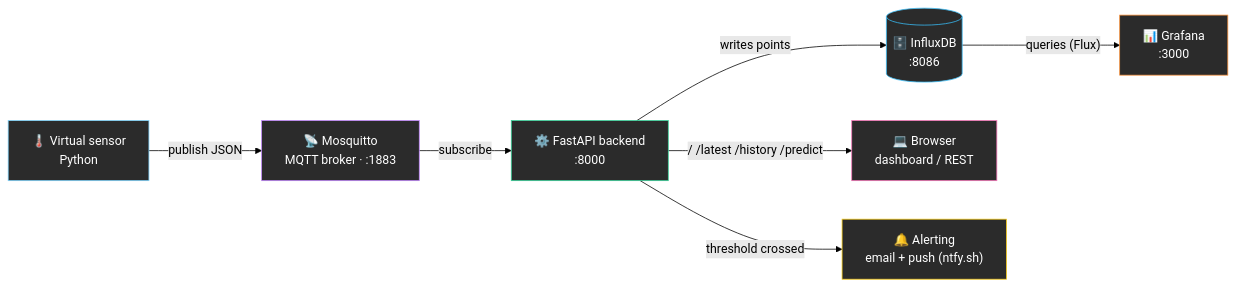
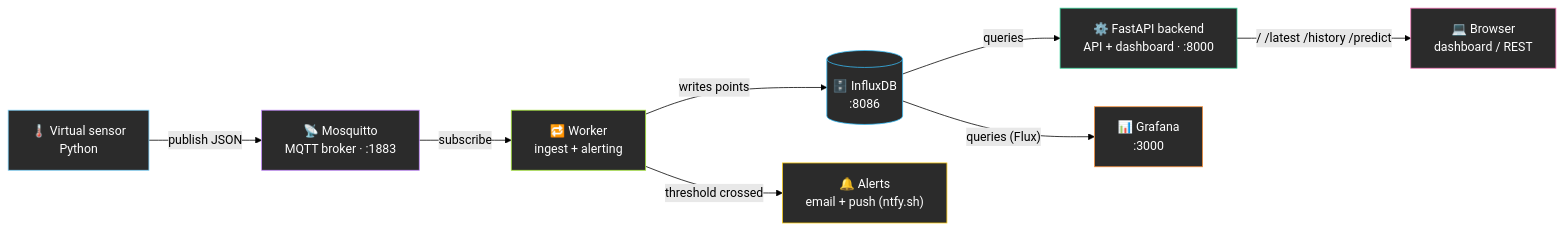
Before and after one commit to danielailenei/water-filter-monitor: the first of 2 diagrams in README.md, drawn with Mermaid (forest theme). The commit also changed other lines of this file and 1 other file, not shown here.

Commit message:
docs: describe the worker service; deploy image tag 4054210

````diff
--- a/README.md
+++ b/README.md
@@ -59,25 +59,28 @@
 ```mermaid
 flowchart LR
     S["🌡️ Virtual sensor<br/>Python"]
     M["📡 Mosquitto<br/>MQTT broker · :1883"]
-    B["⚙️ FastAPI backend<br/>:8000"]
+    W["🔁 Worker<br/>ingest + alerting"]
+    B["⚙️ FastAPI backend<br/>API + dashboard · :8000"]
     I[("🗄️ InfluxDB<br/>:8086")]
     G["📊 Grafana<br/>:3000"]
     C["💻 Browser<br/>dashboard / REST"]
-    A["🔔 Alerting<br/>email + push (ntfy.sh)"]
+    A["🔔 Alerts<br/>email + push (ntfy.sh)"]
 
     S -- "publish JSON" --> M
-    M -- "subscribe" --> B
-    B -- "writes points" --> I
+    M -- "subscribe" --> W
+    W -- "writes points" --> I
+    W -- "threshold crossed" --> A
+    I -- "queries" --> B
     I -- "queries (Flux)" --> G
     B -- "/ /latest /history /predict" --> C
-    B -- "threshold crossed" --> A
 
     style S fill:#2b2b2b,stroke:#7dd3fc,color:#fff
     style M fill:#2b2b2b,stroke:#c084fc,color:#fff
+    style W fill:#2b2b2b,stroke:#a3e635,color:#fff
     style B fill:#2b2b2b,stroke:#34d399,color:#fff
     style I fill:#2b2b2b,stroke:#38bdf8,color:#fff
     style G fill:#2b2b2b,stroke:#fb923c,color:#fff
     style C fill:#2b2b2b,stroke:#f472b6,color:#fff
     style A fill:#2b2b2b,stroke:#facc15,color:#fff
 ```
````
